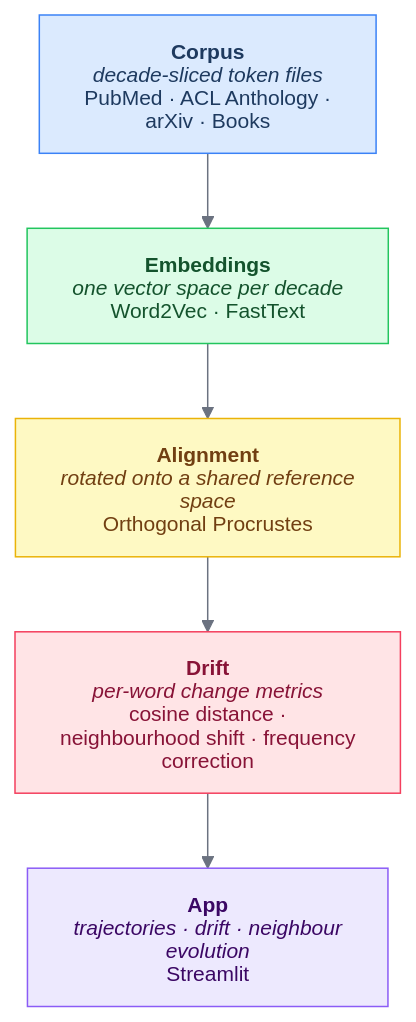
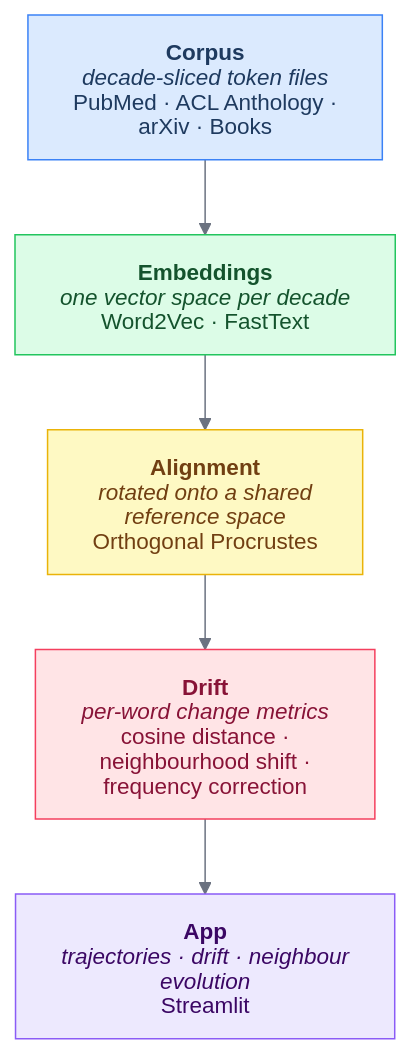
One commit to Dovalization/interpretant changed the diagram in README.md. Above: the diagram before and after it, drawn with Mermaid.

Commit message:
docs(readme): disable markdown autowrap, add node padding and font-size

````diff
--- a/README.md
+++ b/README.md
@@ -46,31 +46,31 @@
 ```mermaid
-%%{init: {'theme': 'base', 'htmlLabels': false, 'themeVariables': {'fontSize': '14px', 'lineColor': '#6b7280'}}}%%
+%%{init: {'theme': 'base', 'htmlLabels': false, 'flowchart': {'markdownAutoWrap': false, 'rankSpacing': 50}, 'themeVariables': {'fontSize': '14px', 'lineColor': '#6b7280'}}}%%
 flowchart TD
-    classDef corpus fill:#dbeafe,stroke:#3b82f6,color:#1e3a5f
-    classDef embed  fill:#dcfce7,stroke:#22c55e,color:#14532d
-    classDef align  fill:#fef9c3,stroke:#eab308,color:#713f12
-    classDef drift  fill:#ffe4e6,stroke:#f43f5e,color:#881337
-    classDef app    fill:#ede9fe,stroke:#8b5cf6,color:#3b0764
+    classDef corpus fill:#dbeafe,stroke:#3b82f6,color:#1e3a5f,padding:20px,font-size:15px
+    classDef embed  fill:#dcfce7,stroke:#22c55e,color:#14532d,padding:20px,font-size:15px
+    classDef align  fill:#fef9c3,stroke:#eab308,color:#713f12,padding:20px,font-size:15px
+    classDef drift  fill:#ffe4e6,stroke:#f43f5e,color:#881337,padding:20px,font-size:15px
+    classDef app    fill:#ede9fe,stroke:#8b5cf6,color:#3b0764,padding:20px,font-size:15px
 
     C["`**Corpus**
     *decade-sliced token files*
     PubMed · ACL Anthology · arXiv · Books`"]:::corpus
 
     E["`**Embeddings**
     *one vector space per decade*
     Word2Vec · FastText`"]:::embed
 
     A["`**Alignment**
     *rotated onto a shared reference space*
     Orthogonal Procrustes`"]:::align
 
     D["`**Drift**
     *per-word change metrics*
     cosine distance · neighbourhood shift · frequency correction`"]:::drift
 
     P["`**App**
     *trajectories · drift · neighbour evolution*
     Streamlit`"]:::app
 
     C --> E --> A --> D --> P
 ```
````
